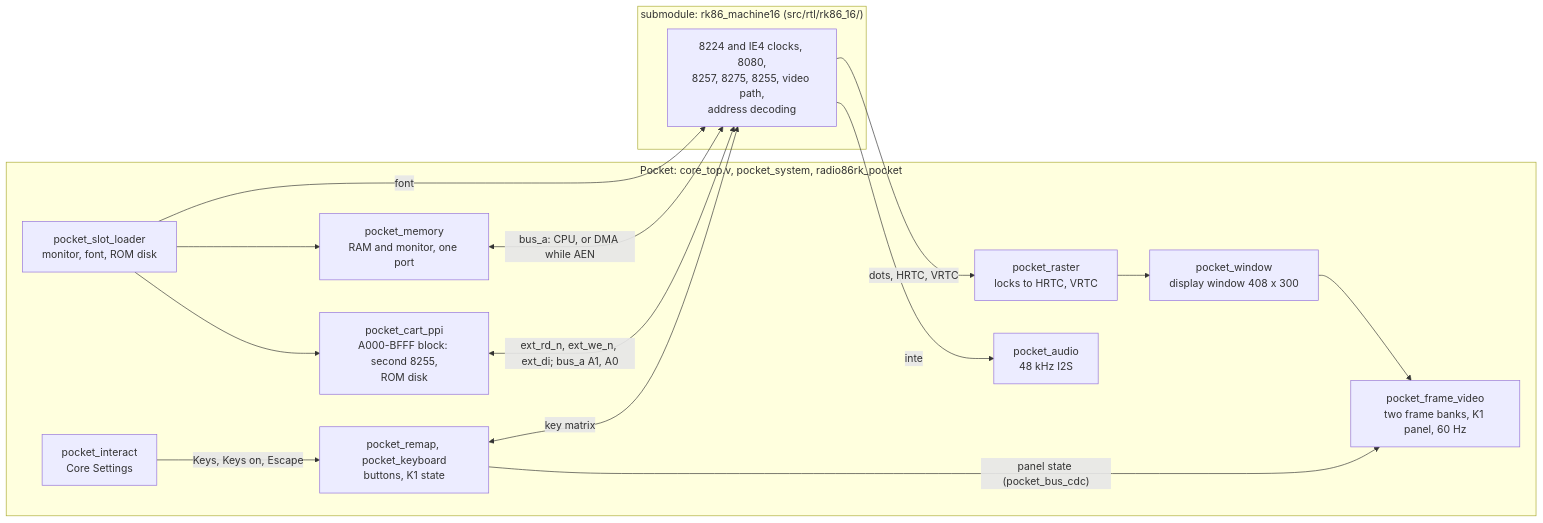
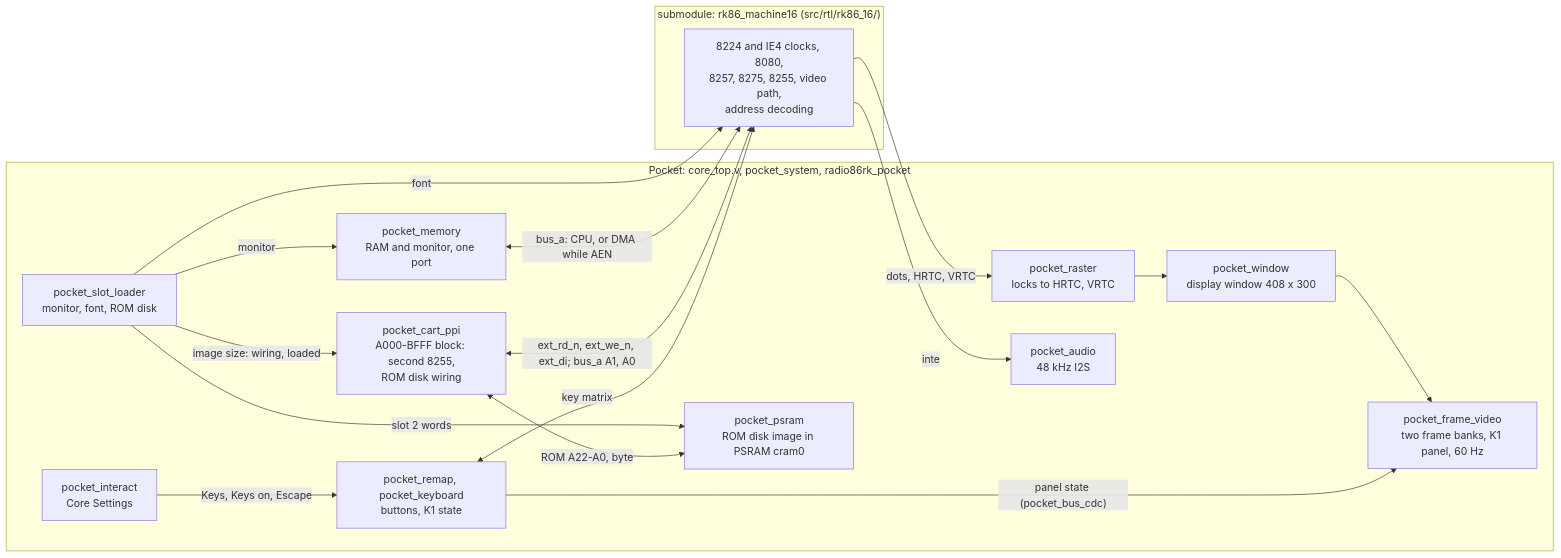
One commit to BarabashkaD/radio86-rk-pocket changed the diagram in fpga/README.md. Above: the diagram before and after it, drawn with Mermaid. The commit also changed other lines of this file and 55 other files, not shown here.

````diff
--- a/fpga/README.md
+++ b/fpga/README.md
@@ -13,27 +13,30 @@
 ```mermaid
 flowchart LR
     subgraph core["submodule: rk86_machine16 (src/rtl/rk86_16/)"]
         m16["8224 and IE4 clocks, 8080,<br/>8257, 8275, 8255, video path,<br/>address decoding"]
     end
     subgraph pk["Pocket: core_top.v, pocket_system, radio86rk_pocket"]
         p_ast["pocket_slot_loader<br/>monitor, font, ROM disk"]
         p_mem["pocket_memory<br/>RAM and monitor, one port"]
-        p_cart["pocket_cart_ppi<br/>A000-BFFF block: second 8255,<br/>ROM disk"]
+        p_cart["pocket_cart_ppi<br/>A000-BFFF block: second 8255,<br/>ROM disk wiring"]
+        p_psram["pocket_psram<br/>ROM disk image in PSRAM cram0"]
         p_set["pocket_interact<br/>Core Settings"]
         p_kbd["pocket_remap, pocket_keyboard<br/>buttons, K1 state"]
         p_ras["pocket_raster<br/>locks to HRTC, VRTC"]
         p_win["pocket_window<br/>display window 408 x 300"]
         p_fv["pocket_frame_video<br/>two frame banks, K1 panel, 60 Hz"]
         p_snd["pocket_audio<br/>48 kHz I2S"]
     end
-    p_ast --> p_mem
-    p_ast --> p_cart
+    p_ast -->|"monitor"| p_mem
+    p_ast -->|"slot 2 words"| p_psram
+    p_ast -->|"image size: wiring, loaded"| p_cart
+    p_cart <-->|"ROM A22-A0, byte"| p_psram
     p_ast -->|"font"| m16
     p_mem <-->|"bus_a: CPU, or DMA while AEN"| m16
     p_cart <-->|"ext_rd_n, ext_we_n, ext_di; bus_a A1, A0"| m16
     p_kbd <-->|"key matrix"| m16
     m16 -->|"dots, HRTC, VRTC"| p_ras --> p_win --> p_fv
     p_set -->|"Keys, Keys on, Escape"| p_kbd
     p_kbd -->|"panel state (pocket_bus_cdc)"| p_fv
     m16 -->|"inte"| p_snd
 ```
````
